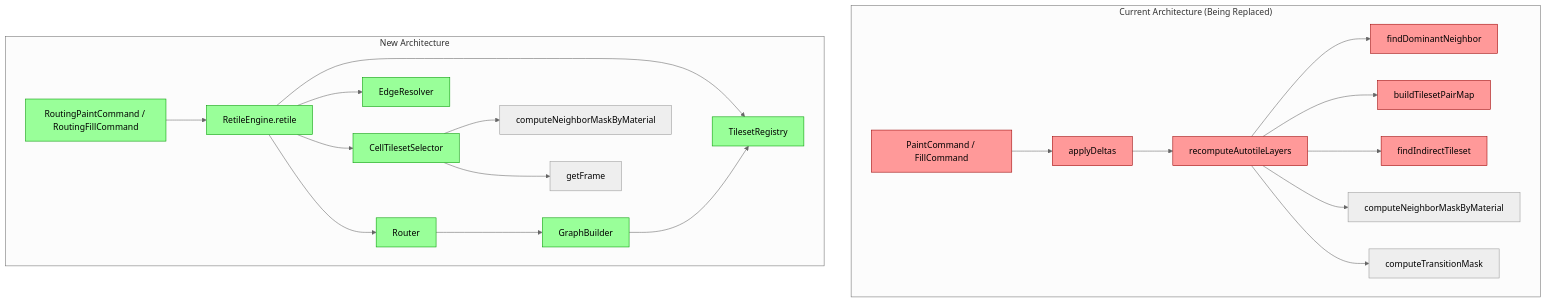
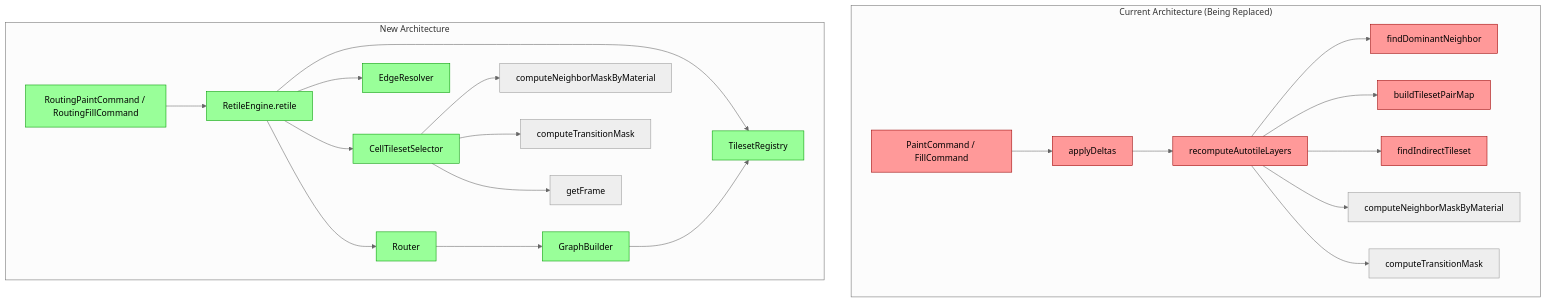
The first of 2 diagrams in docs/adr/ADR-0011-autotile-routing-architecture.md (tundraray/nookstead), drawn with Mermaid (neutral theme) before and after one commit. The commit also changed other lines of this file and 44 other files, not shown here.

````diff
--- a/docs/adr/ADR-0011-autotile-routing-architecture.md
+++ b/docs/adr/ADR-0011-autotile-routing-architecture.md
@@ -293,38 +446,39 @@
 ```mermaid
 graph TD
     subgraph "Current Architecture (Being Replaced)"
         A1[PaintCommand / FillCommand] --> A2[applyDeltas]
         A2 --> A3[recomputeAutotileLayers]
         A3 --> A4[findDominantNeighbor]
         A3 --> A5[buildTilesetPairMap]
         A3 --> A6[findIndirectTileset]
         A3 --> A7[computeNeighborMaskByMaterial]
         A3 --> A8[computeTransitionMask]
     end
 
     subgraph "New Architecture"
         B1[RoutingPaintCommand / RoutingFillCommand] --> B2[RetileEngine.retile]
         B2 --> B3[TilesetRegistry]
         B2 --> B4[Router]
         B2 --> B5[EdgeResolver]
         B2 --> B6[CellTilesetSelector]
         B4 --> B7[GraphBuilder]
         B7 --> B3
         B6 --> B8[computeNeighborMaskByMaterial]
+        B6 --> B10[computeTransitionMask]
         B6 --> B9[getFrame]
     end
 
     style A1 fill:#f99,stroke:#900
     style A2 fill:#f99,stroke:#900
     style A3 fill:#f99,stroke:#900
     style A4 fill:#f99,stroke:#900
     style A5 fill:#f99,stroke:#900
     style A6 fill:#f99,stroke:#900
     style B1 fill:#9f9,stroke:#090
     style B2 fill:#9f9,stroke:#090
     style B3 fill:#9f9,stroke:#090
     style B4 fill:#9f9,stroke:#090
     style B5 fill:#9f9,stroke:#090
     style B6 fill:#9f9,stroke:#090
     style B7 fill:#9f9,stroke:#090
 ```
````
